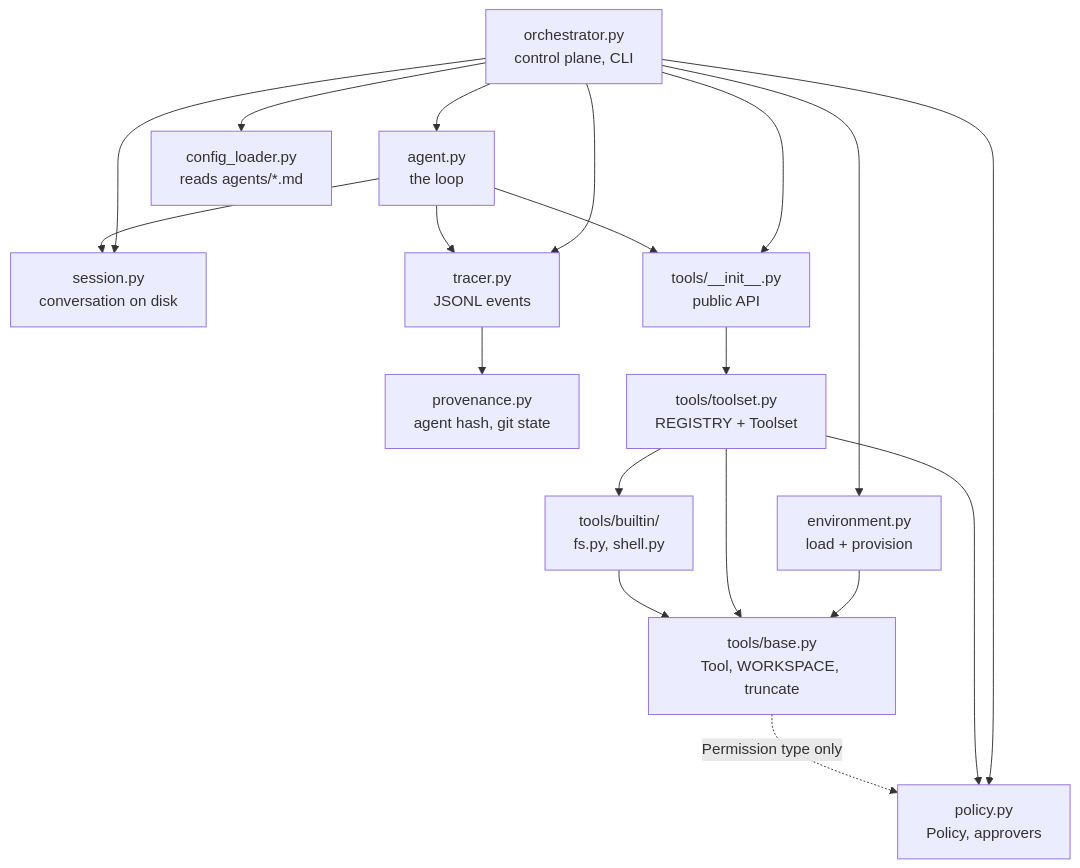
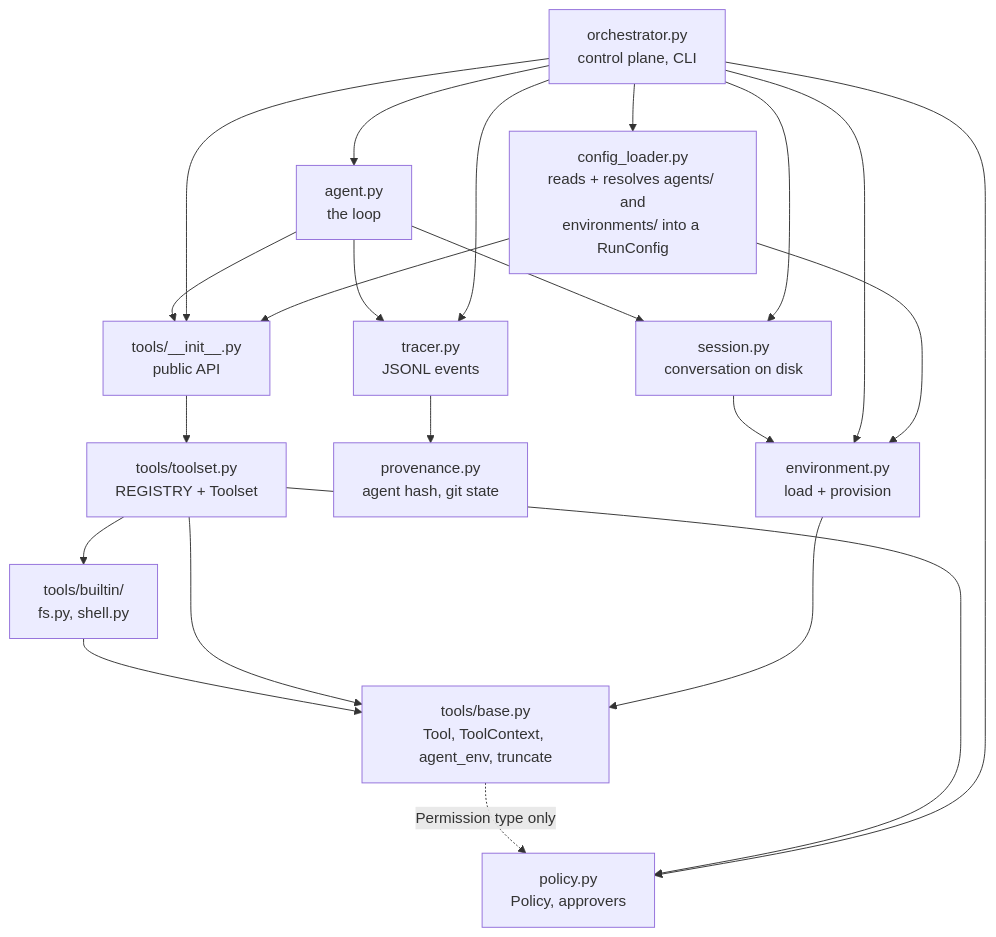
Before and after one commit to adgnvtefc/orchestra: the fourth of 4 diagrams in visual_representation.md, drawn with Mermaid. The commit also changed other lines of this file and 14 other files, not shown here.

````diff
--- a/visual_representation.md
+++ b/visual_representation.md
@@ -290,21 +314,24 @@
 ```mermaid
 flowchart TD
     orch["orchestrator.py<br/>control plane, CLI"] --> agent["agent.py<br/>the loop"]
-    orch --> loader["config_loader.py<br/>reads agents/*.md"]
+    orch --> loader["config_loader.py<br/>reads + resolves agents/ and<br/>environments/ into a RunConfig"]
+    loader --> envmod
+    loader --> tools_api
     orch --> sessionmod["session.py<br/>conversation on disk"]
     orch --> envmod["environment.py<br/>load + provision"]
     envmod --> base
     agent --> sessionmod
+    sessionmod --> envmod
     orch --> policy["policy.py<br/>Policy, approvers"]
     orch --> tools_api["tools/__init__.py<br/>public API"]
     orch --> tracer["tracer.py<br/>JSONL events"]
     agent --> tracer
     tracer --> prov["provenance.py<br/>agent hash, git state"]
     agent --> tools_api
     tools_api --> toolset["tools/toolset.py<br/>REGISTRY + Toolset"]
     toolset --> policy
     toolset --> builtin["tools/builtin/<br/>fs.py, shell.py"]
-    toolset --> base["tools/base.py<br/>Tool, WORKSPACE, truncate"]
+    toolset --> base["tools/base.py<br/>Tool, ToolContext, agent_env, truncate"]
     builtin --> base
     base -.->|"Permission type only"| policy
 ```
````
